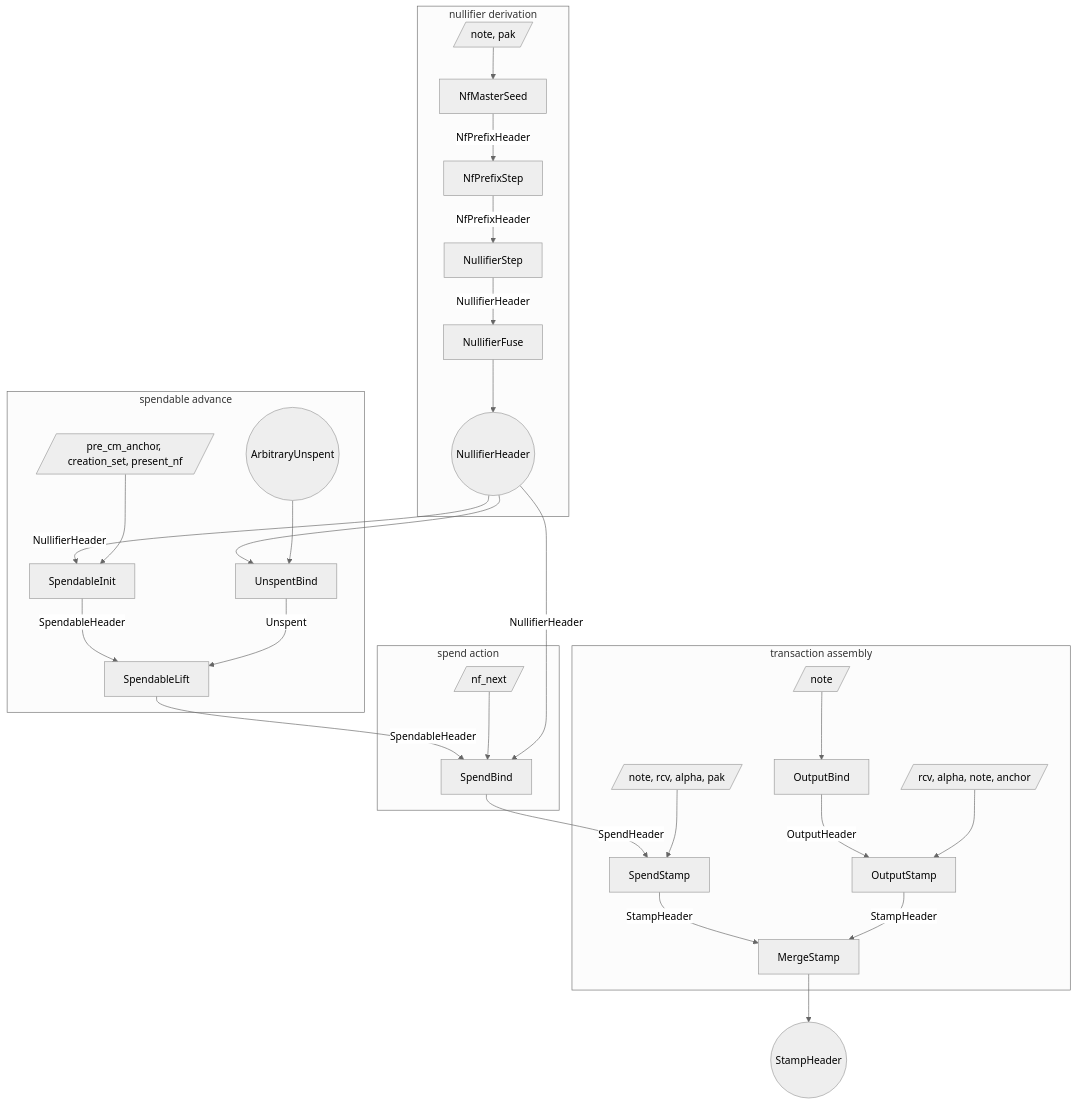
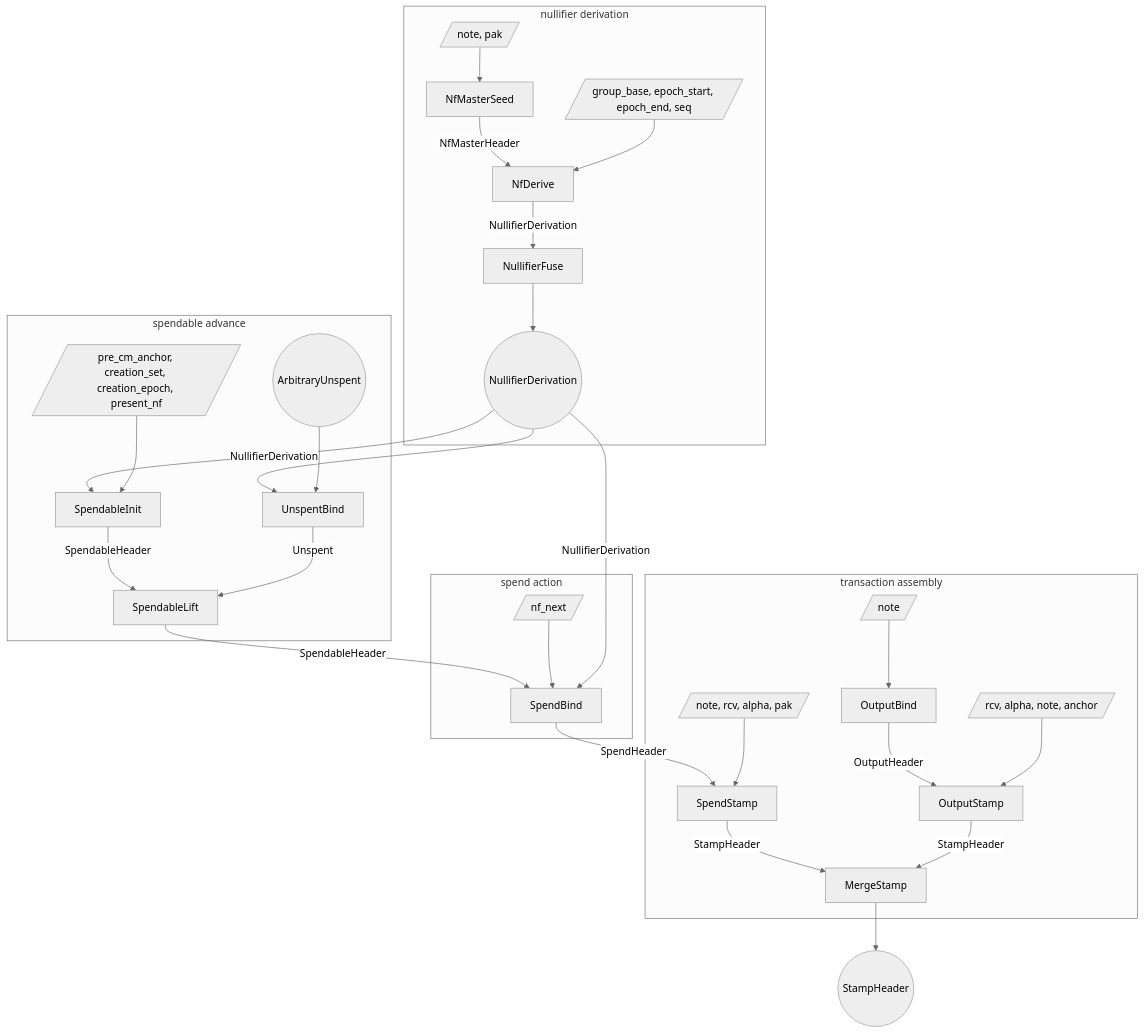
The first of 3 diagrams in book/src/proof-tree.md (tachyon-zcash/tachyon), drawn with Mermaid (neutral theme) before and after one commit. The commit also changed other lines of this file and 32 other files, not shown here.

First line of the commit message:
feat: flat Poseidon nullifier derivation

````diff
--- a/book/src/proof-tree.md
+++ b/book/src/proof-tree.md
@@ -223,62 +224,62 @@
 ```mermaid
 flowchart TB
   subgraph derive [nullifier derivation]
     w_seed[/note, pak/]
     s_seed[NfMasterSeed]
-    s_walk[NfPrefixStep]
-    s_leaf[NullifierStep]
+    w_window[/group_base, epoch_start, epoch_end, seq/]
+    s_window[NfDerive]
     s_dfuse[NullifierFuse]
-    nf_range((NullifierHeader))
+    nf_range((NullifierDerivation))
   end
 
   subgraph spendable [spendable advance]
-    w_init[/pre_cm_anchor, creation_set, present_nf/]
+    w_init[/pre_cm_anchor, creation_set, creation_epoch, present_nf/]
     s_init[SpendableInit]
     unspent_in((ArbitraryUnspent))
     s_unspentbind[UnspentBind]
     s_lift[SpendableLift]
   end
 
   subgraph spend_action [spend action]
     w_bind[/nf_next/]
     s_bind[SpendBind]
   end
 
   subgraph merge [transaction assembly]
     w_stamp[/note, rcv, alpha, pak/]
     s_spendstamp[SpendStamp]
     w_outbind[/note/]
     s_outbind[OutputBind]
     w_output[/rcv, alpha, note, anchor/]
     s_output[OutputStamp]
     s_merge[MergeStamp]
   end
 
   stamp_out((StampHeader))
 
   w_seed --> s_seed
-  s_seed -->|NfPrefixHeader| s_walk
-  s_walk -->|NfPrefixHeader| s_leaf
-  s_leaf -->|NullifierHeader| s_dfuse
+  s_seed -->|NfMasterHeader| s_window
+  w_window --> s_window
+  s_window -->|NullifierDerivation| s_dfuse
   s_dfuse --> nf_range
 
-  nf_range -->|NullifierHeader| s_init
+  nf_range -->|NullifierDerivation| s_init
   w_init --> s_init
   nf_range --> s_unspentbind
   unspent_in --> s_unspentbind
   s_init -->|SpendableHeader| s_lift
   s_unspentbind -->|Unspent| s_lift
   s_lift -->|SpendableHeader| s_bind
 
   w_bind --> s_bind
-  nf_range -->|NullifierHeader| s_bind
+  nf_range -->|NullifierDerivation| s_bind
   s_bind -->|SpendHeader| s_spendstamp
   w_stamp --> s_spendstamp
 
   w_outbind --> s_outbind
   s_outbind -->|OutputHeader| s_output
   w_output --> s_output
   s_spendstamp -->|StampHeader| s_merge
   s_output -->|StampHeader| s_merge
   s_merge --> stamp_out
 ```
````
